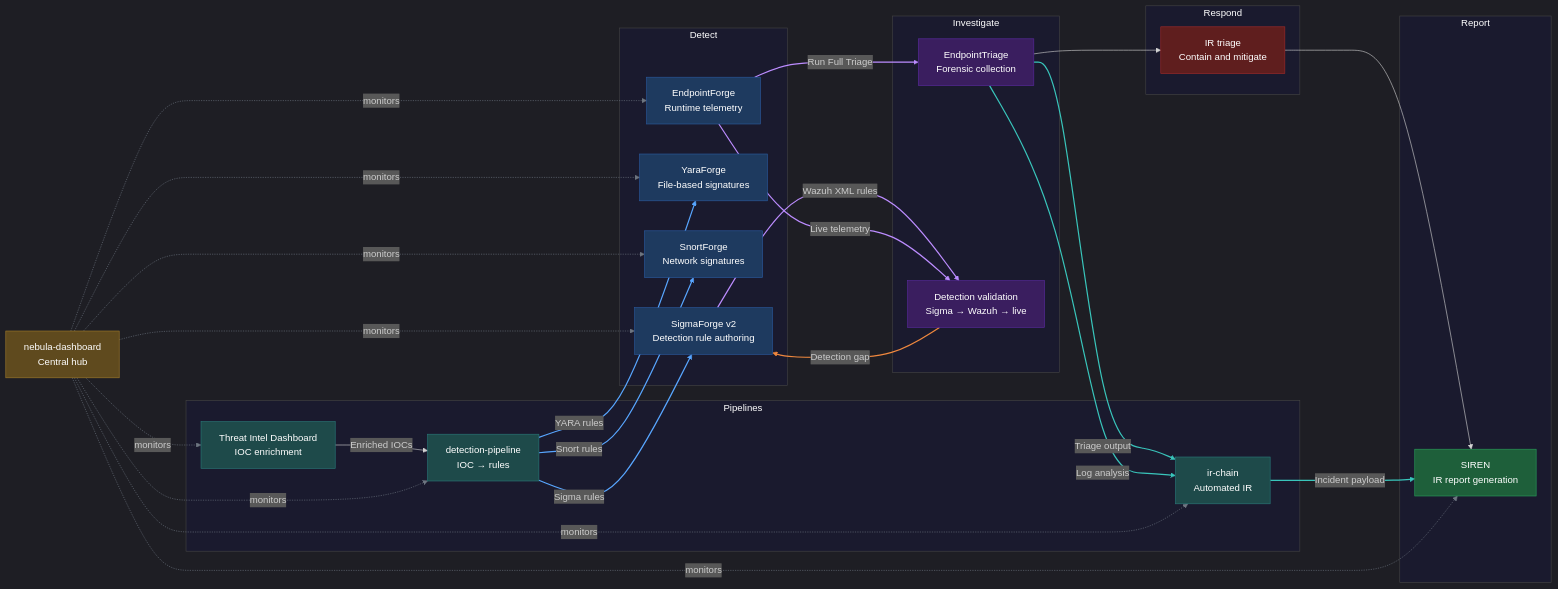
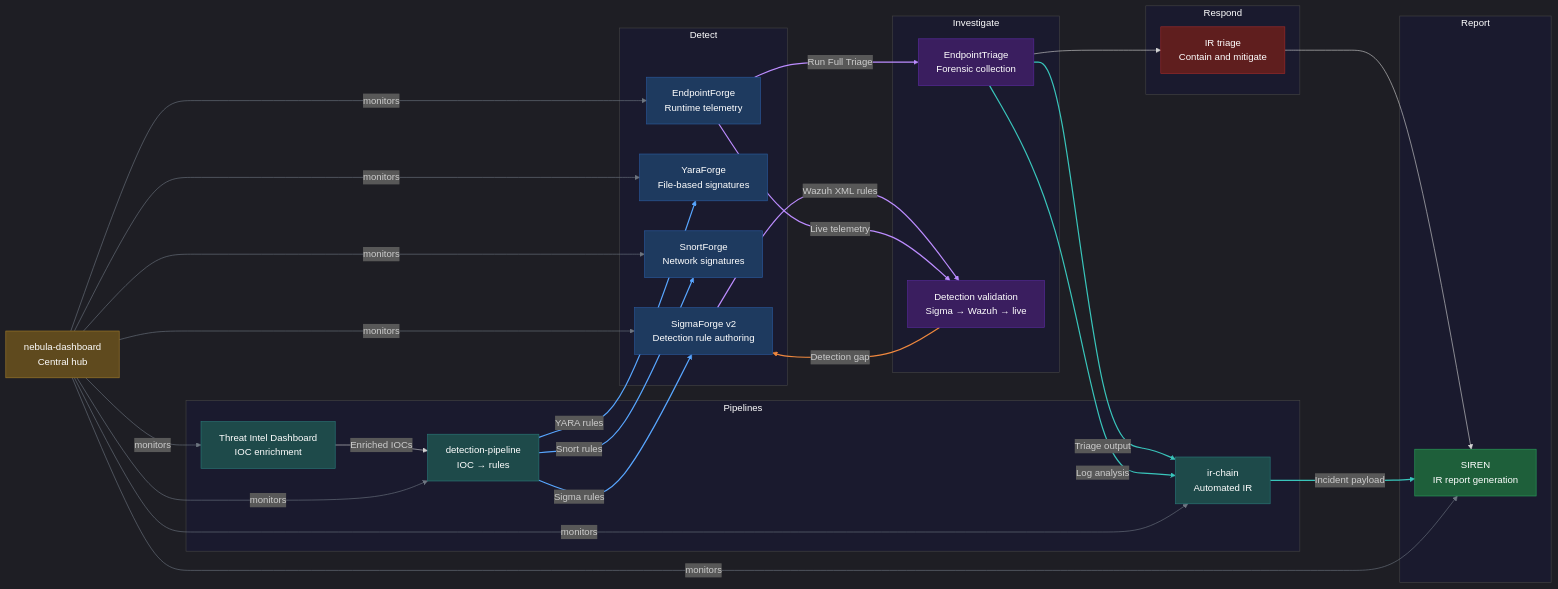
Before and after one commit to Rootless-Ghost/Nebula-Forge: the diagram in README.md, drawn with Mermaid.

````diff
--- a/README.md
+++ b/README.md
@@ -17,77 +17,77 @@
 ```mermaid
 %%{init: {'theme': 'dark', 'themeVariables': {'clusterBkg': '#1a1a2e', 'clusterBorder': '#444', 'titleColor': '#ffffff'}}}%%
 flowchart LR
     subgraph Detect
         SF[SigmaForge v2\nDetection rule authoring]
         YF[YaraForge\nFile-based signatures]
         SNF[SnortForge\nNetwork signatures]
         EF[EndpointForge\nRuntime telemetry]
     end
 
     subgraph Investigate
         ET[EndpointTriage\nForensic collection]
         DV[Detection validation\nSigma → Wazuh → live]
     end
 
     subgraph Respond
         IR[IR triage\nContain and mitigate]
     end
 
     subgraph Report
         SR[SIREN\nIR report generation]
     end
 
     subgraph Pipelines
         TI[Threat Intel Dashboard\nIOC enrichment]
         DP[detection-pipeline\nIOC → rules]
         IC[ir-chain\nAutomated IR]
     end
 
     ND[nebula-dashboard\nCentral hub]
 
     SF -->|Wazuh XML rules| DV
     EF -->|Live telemetry| DV
     EF -->|Run Full Triage| ET
     DV -->|Detection gap| SF
     ET --> IR
     IR --> SR
 
     TI -->|Enriched IOCs| DP
     DP -->|Sigma rules| SF
     DP -->|YARA rules| YF
     DP -->|Snort rules| SNF
 
     ET -->|Triage output| IC
     ET -->|Log analysis| IC
     IC -->|Incident payload| SR
 
-    ND -.->|monitors| SF
-    ND -.->|monitors| YF
-    ND -.->|monitors| SNF
-    ND -.->|monitors| EF
-    ND -.->|monitors| TI
-    ND -.->|monitors| SR
-    ND -.->|monitors| DP
-    ND -.->|monitors| IC
+    ND -->|monitors| SF
+    ND -->|monitors| YF
+    ND -->|monitors| SNF
+    ND -->|monitors| EF
+    ND -->|monitors| TI
+    ND -->|monitors| SR
+    ND -->|monitors| DP
+    ND -->|monitors| IC
 
     classDef detect     fill:#1e3a5f,stroke:#2a5a9f,color:#fff
     classDef investigate fill:#3a1e5f,stroke:#5a2a9f,color:#fff
     classDef respond    fill:#5f1e1e,stroke:#9f2a2a,color:#fff
     classDef report     fill:#1e5f3a,stroke:#2a9f5a,color:#fff
     classDef pipeline   fill:#1e4a4a,stroke:#2a7a7a,color:#fff
     classDef hub        fill:#5f4a1e,stroke:#9f7a2a,color:#fff
 
     class SF,YF,SNF,EF detect
     class ET,DV investigate
     class IR respond
     class SR report
     class TI,DP,IC pipeline
     class ND hub
 
     linkStyle 0,1,2 stroke:#bc8cff,stroke-width:2px
     linkStyle 3 stroke:#f0883e,stroke-width:2px
     linkStyle 7,8,9 stroke:#58a6ff,stroke-width:2px
     linkStyle 10,11,12 stroke:#39c5bb,stroke-width:2px
     linkStyle 13,14,15,16,17,18,19,20 stroke:#6e7681,stroke-width:1px
 
 ```
````
